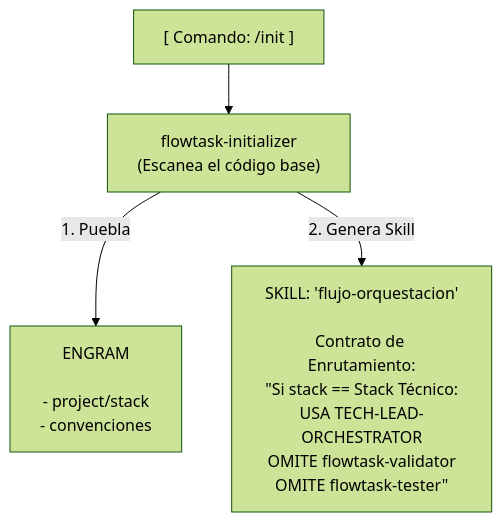
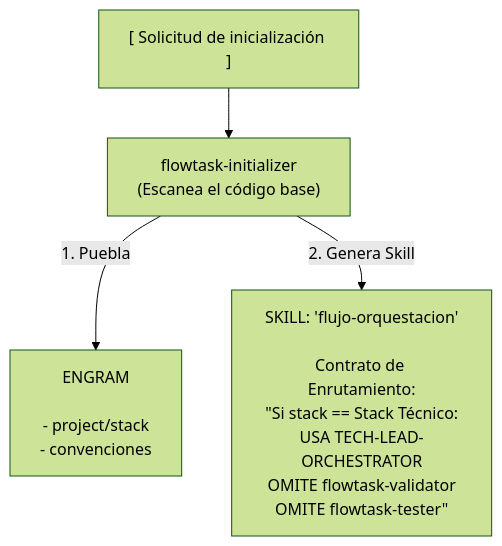
One commit to Saez520/flowtask changed the diagram in docs/architecture/initializer.md. Above: the diagram before and after it, drawn with Mermaid (forest theme). The commit also changed 23 other files, not shown here.

````diff
--- a/docs/architecture/initializer.md
+++ b/docs/architecture/initializer.md
@@ -3,11 +3,11 @@
 ```mermaid
 flowchart TD
-    CMD["[ Comando: /init ]"]
+    CMD["[ Solicitud de inicialización ]"]
     INIT["flowtask-initializer<br/>(Escanea el código base)"]
     ENGRAM["ENGRAM<br/><br/>- project/stack<br/>- convenciones"]
     SKILL["SKILL: 'flujo-orquestacion'<br/><br/>Contrato de Enrutamiento:<br/>#quot;Si stack == Stack Técnico:<br/>USA TECH-LEAD-ORCHESTRATOR<br/>OMITE flowtask-validator<br/>OMITE flowtask-tester#quot;"]
 
     CMD --> INIT
     INIT -->|1. Puebla| ENGRAM
     INIT -->|2. Genera Skill| SKILL
 ```
````
